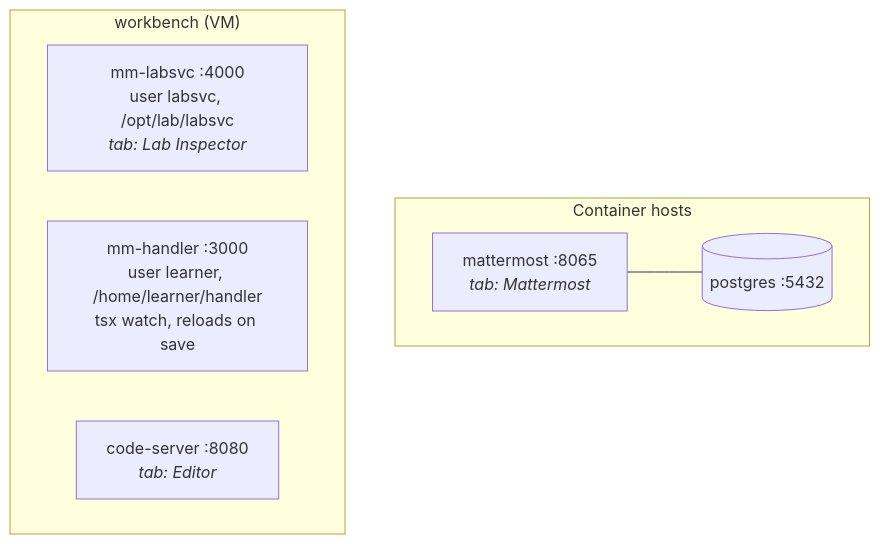
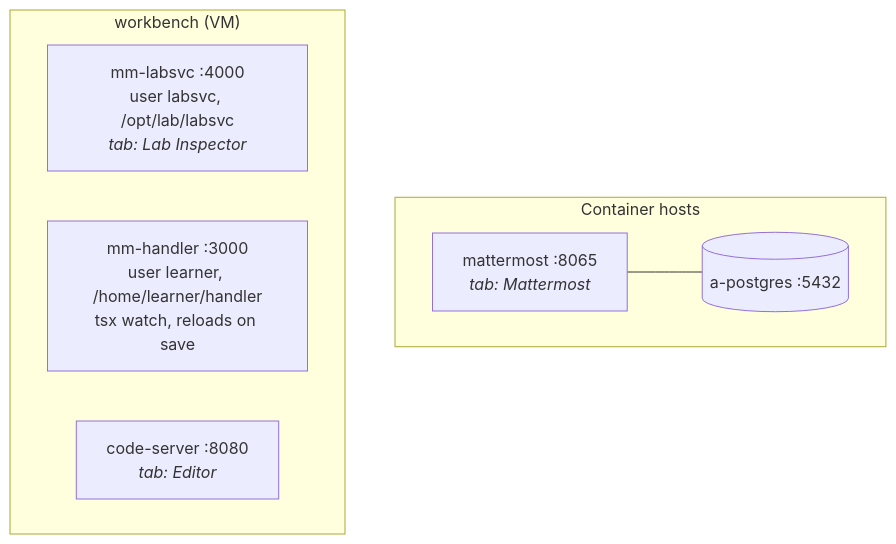
One commit to wiggin77/cert-lab-platform-extensions changed the first of 2 diagrams in DESIGN.md. Above: the diagram before and after it, drawn with Mermaid. The commit also changed other lines of this file and 6 other files, not shown here.

````diff
--- a/DESIGN.md
+++ b/DESIGN.md
@@ -61,15 +61,15 @@
 ```mermaid
 flowchart TB
     subgraph containers["Container hosts"]
         MM["mattermost :8065<br/><i>tab: Mattermost</i>"]
-        PG[("postgres :5432")]
+        PG[("a-postgres :5432")]
     end
 
     subgraph vm["workbench (VM)"]
         LS["mm-labsvc :4000<br/>user labsvc, /opt/lab/labsvc<br/><i>tab: Lab Inspector</i>"]
         HD["mm-handler :3000<br/>user learner, /home/learner/handler<br/>tsx watch, reloads on save"]
         CS["code-server :8080<br/><i>tab: Editor</i>"]
     end
 
     MM --- PG
 ```
````
